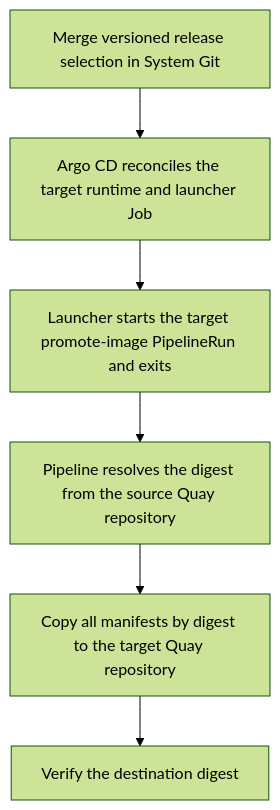
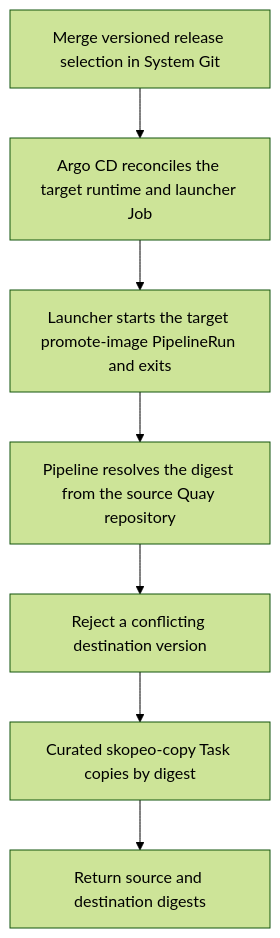
The sixth of 6 diagrams in docs/architecture.md (contract-first-idp-test/developer-charts), drawn with Mermaid (forest theme) before and after one commit. The commit also changed other lines of this file and 11 other files, not shown here.

````diff
--- a/docs/architecture.md
+++ b/docs/architecture.md
@@ -210,11 +213,12 @@
 ```mermaid
 flowchart TD
     accTitle: Image promotion flow
     accDescr: Merging a release selection causes Argo CD to create a launcher Job. The Job starts a Tekton Pipeline that copies and verifies the image digest between Quay repositories.
     git[Merge versioned release selection in System Git]
     git --> argocd[Argo CD reconciles the target runtime and launcher Job]
     argocd --> launcher[Launcher starts the target promote-image PipelineRun and exits]
     launcher --> source[Pipeline resolves the digest from the source Quay repository]
-    source --> copy[Copy all manifests by digest to the target Quay repository]
-    copy --> verify[Verify the destination digest]
+    source --> guard[Reject a conflicting destination version]
+    guard --> copy[Curated skopeo-copy Task copies by digest]
+    copy --> result[Return source and destination digests]
 ```
````
